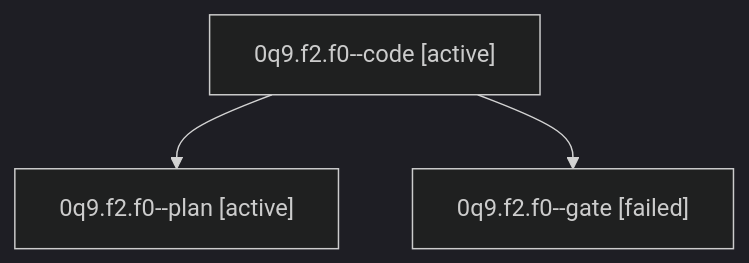
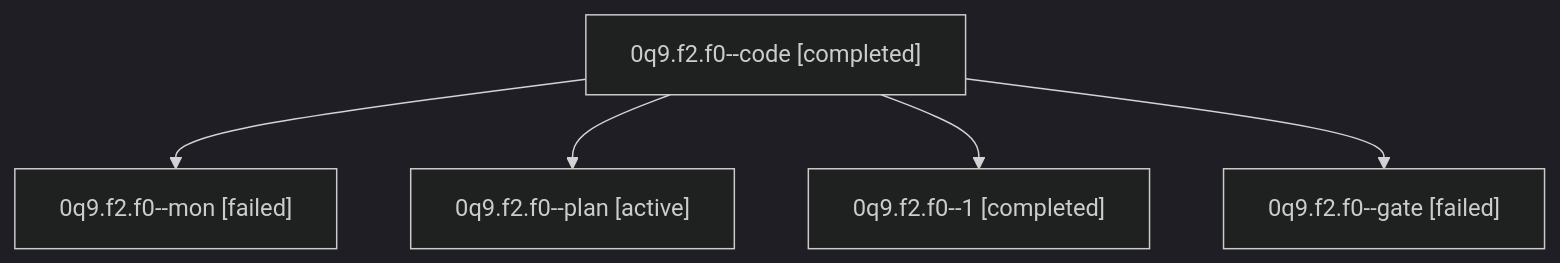
Before and after one commit to sase-org/sase--agents: the diagram in families/bbugyi200.athena.0q9.f2.f0.md, drawn with Mermaid (dark theme). The commit also changed other lines of this file and 35830 other files, not shown here.

````diff
--- a/families/bbugyi200.athena.0q9.f2.f0.md
+++ b/families/bbugyi200.athena.0q9.f2.f0.md
@@ -9,8 +9,12 @@
 ```mermaid
 flowchart TD
-  n0["0q9.f2.f0--code [active]"]
-  n1["0q9.f2.f0--plan [active]"]
+  n0["0q9.f2.f0--code [completed]"]
+  n1["0q9.f2.f0--mon [failed]"]
   n0 --> n1
-  n2["0q9.f2.f0--gate [failed]"]
+  n2["0q9.f2.f0--plan [active]"]
   n0 --> n2
+  n3["0q9.f2.f0--1 [completed]"]
+  n0 --> n3
+  n4["0q9.f2.f0--gate [failed]"]
+  n0 --> n4
 ```
````
